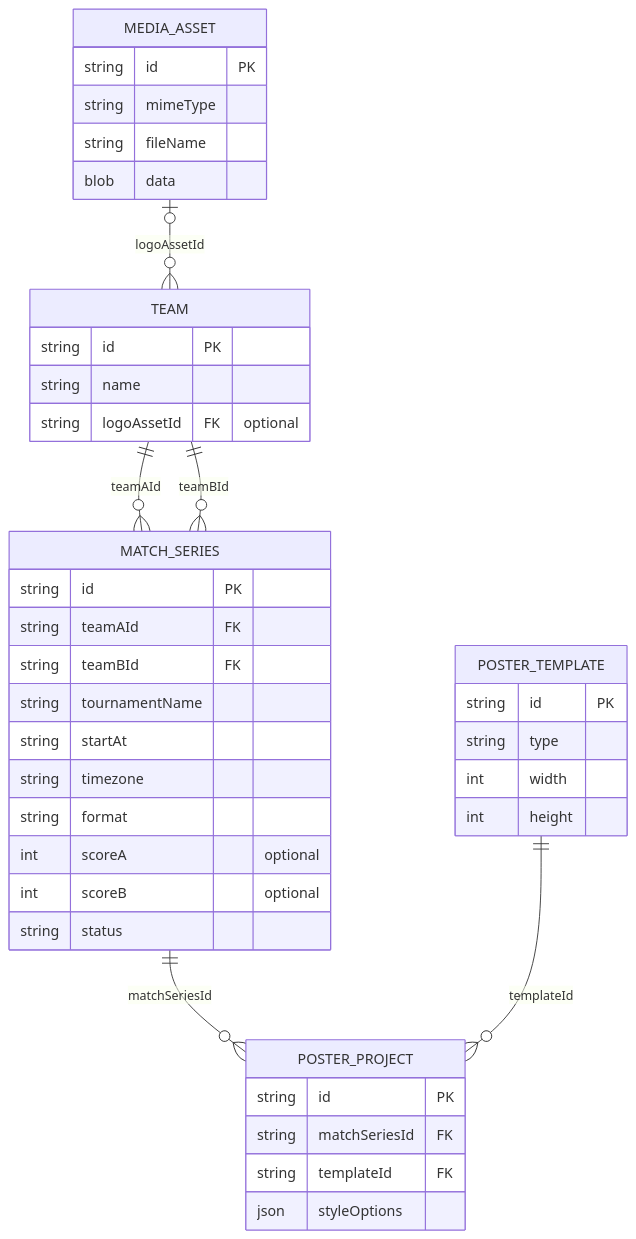
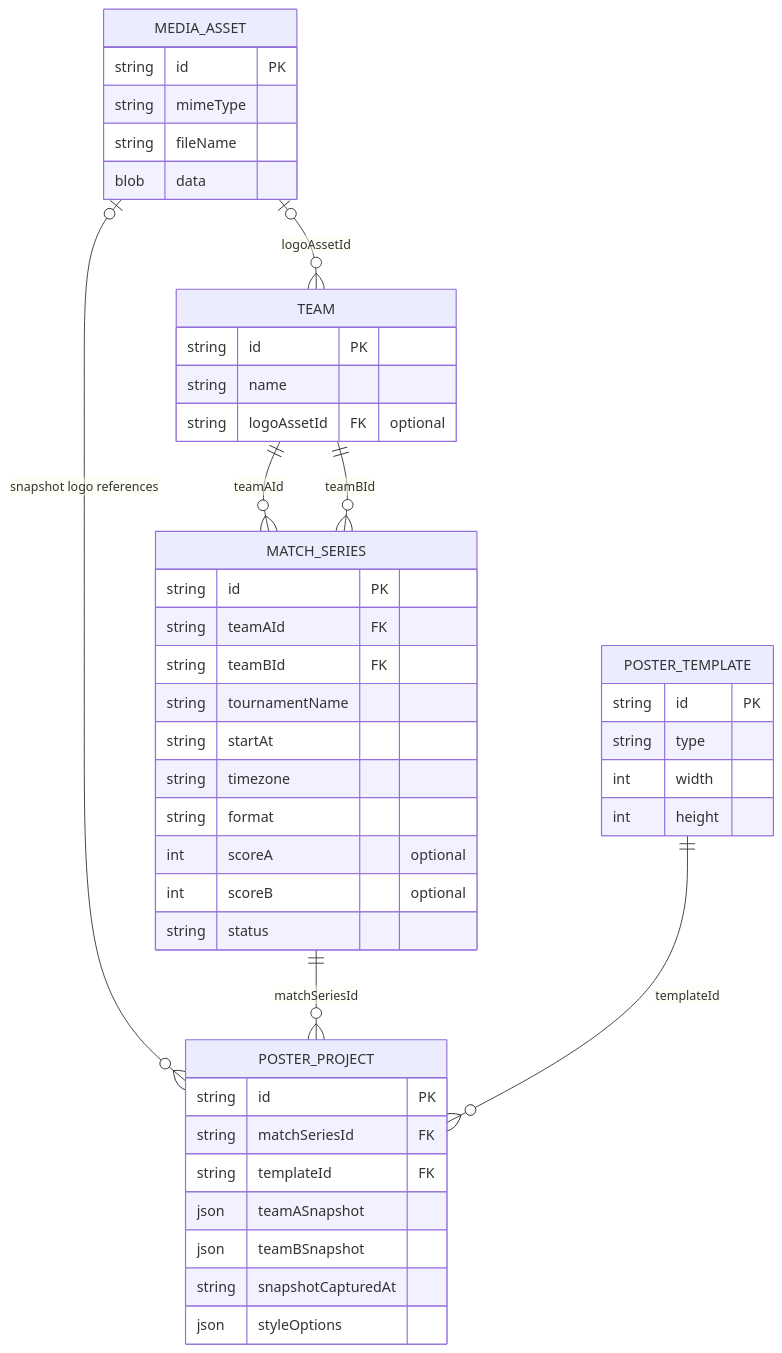
One commit to qroka/DotaFrame changed the diagram in docs/architecture/data-model.md. Above: the diagram before and after it, drawn with Mermaid. The commit also changed other lines of this file, not shown here.

Commit message:
docs: preserve team names and logo versions in poster snapshots

````diff
--- a/docs/architecture/data-model.md
+++ b/docs/architecture/data-model.md
@@ -16,48 +16,52 @@
 ```mermaid
 erDiagram
     TEAM ||--o{ MATCH_SERIES : "teamAId"
     TEAM ||--o{ MATCH_SERIES : "teamBId"
     MEDIA_ASSET o|--o{ TEAM : "logoAssetId"
+    MEDIA_ASSET o|--o{ POSTER_PROJECT : "snapshot logo references"
     MATCH_SERIES ||--o{ POSTER_PROJECT : "matchSeriesId"
     POSTER_TEMPLATE ||--o{ POSTER_PROJECT : "templateId"
 
     TEAM {
       string id PK
       string name
       string logoAssetId FK "optional"
     }
 
     MEDIA_ASSET {
       string id PK
       string mimeType
       string fileName
       blob data
     }
 
     MATCH_SERIES {
       string id PK
       string teamAId FK
       string teamBId FK
       string tournamentName
       string startAt
       string timezone
       string format
       int scoreA "optional"
       int scoreB "optional"
       string status
     }
 
     POSTER_TEMPLATE {
       string id PK
       string type
       int width
       int height
     }
 
     POSTER_PROJECT {
       string id PK
       string matchSeriesId FK
       string templateId FK
+      json teamASnapshot
+      json teamBSnapshot
+      string snapshotCapturedAt
       json styleOptions
     }
 ```
````
